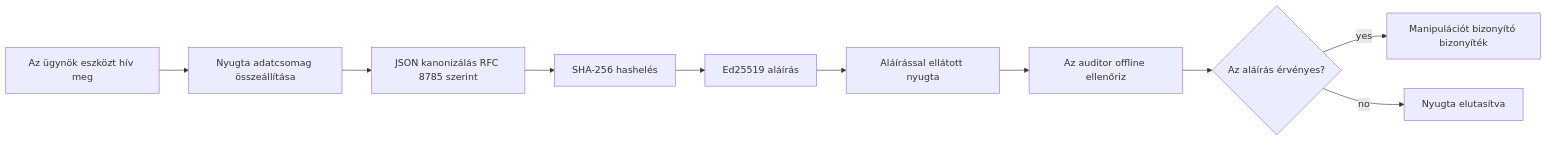
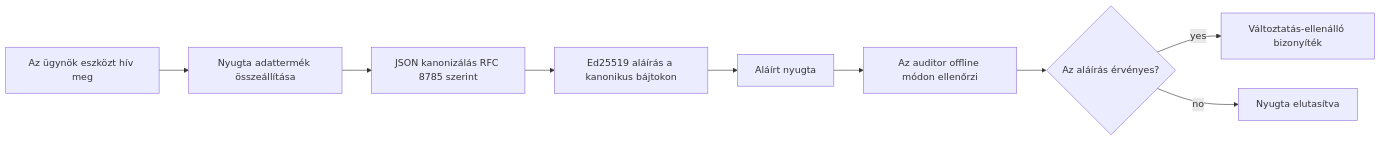
One commit to gabrielmoreira/agent-skills-mirror changed the first of 2 diagrams in mirrors/repos/microsoft@ai-agents-for-beginners/translations/hu/18-securing-ai-agents/README.md. Above: the diagram before and after it, drawn with Mermaid. The commit also changed other lines of this file and 4262 other files, not shown here.

````diff
--- a/mirrors/repos/microsoft@ai-agents-for-beginners/translations/hu/18-securing-ai-agents/README.md
+++ b/mirrors/repos/microsoft@ai-agents-for-beginners/translations/hu/18-securing-ai-agents/README.md
@@ -51,12 +51,11 @@
 ```mermaid
 flowchart LR
-    A[Az ügynök eszközt hív meg] --> B[Nyugta adatcsomag összeállítása]
+    A[Az ügynök eszközt hív meg] --> B[Nyugta adattermék összeállítása]
     B --> C[JSON kanonizálás RFC 8785 szerint]
-    C --> D[SHA-256 hashelés]
-    D --> E[Ed25519 aláírás]
-    E --> F[Aláírással ellátott nyugta]
-    F --> G[Az auditor offline ellenőriz]
+    C --> E[Ed25519 aláírás a kanonikus bájtokon]
+    E --> F[Aláírt nyugta]
+    F --> G[Az auditor offline módon ellenőrzi]
     G --> H{Az aláírás érvényes?}
-    H -- yes --> I[Manipulációt bizonyító bizonyíték]
+    H -- yes --> I[Változtatás-ellenálló bizonyíték]
     H -- no --> J[Nyugta elutasítva]
 ```
````
